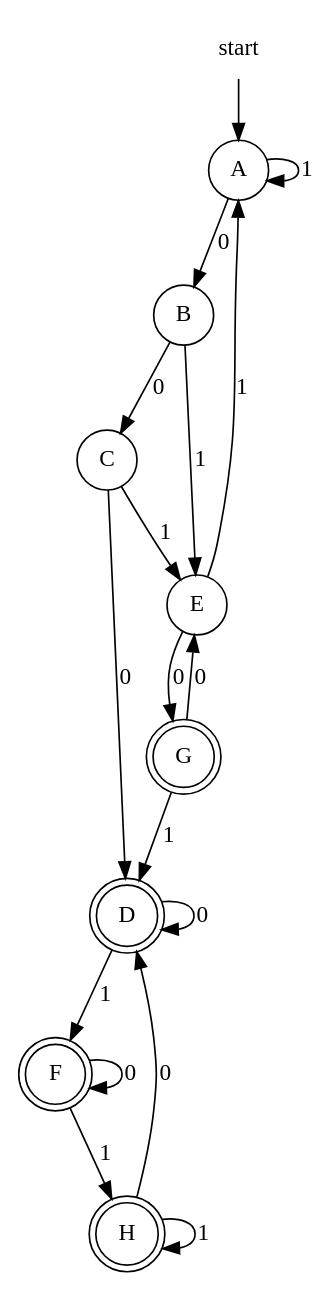
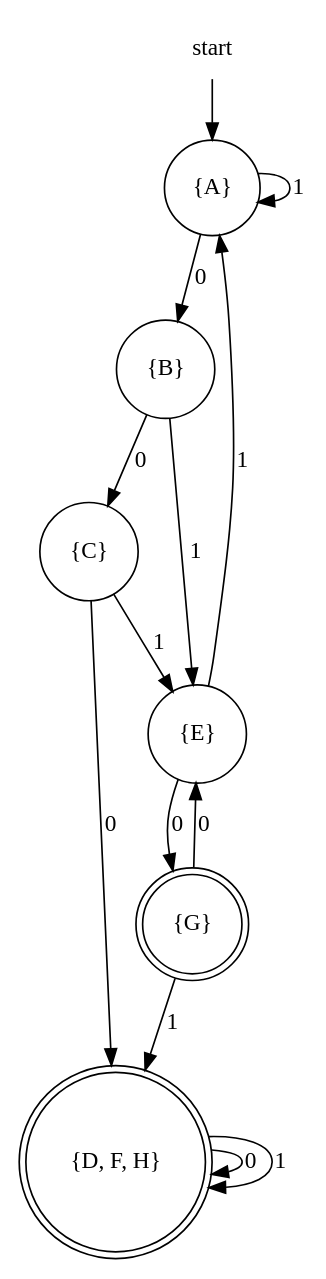
Before and after one commit to evertheylen/TA_TO: the diagram in Helix/testbestanden/TFA/file2_output.dot, drawn with Graphviz. The commit also changed 6 other files, not shown here.

```diff
--- a/Helix/testbestanden/TFA/file2_output.dot
+++ b/Helix/testbestanden/TFA/file2_output.dot
@@ -1,25 +1,19 @@
 digraph automaton {
     node [shape=none]; start;
-    node [shape=doublecircle]; "D";
-    node [shape=doublecircle]; "F";
-    node [shape=doublecircle]; "G";
-    node [shape=doublecircle]; "H";
+    node [shape=doublecircle]; "{D, F, H}";
+    node [shape=doublecircle]; "{G}";
     node [shape=circle];
-    start -> "A";
-    "A" -> "B" [label="0"];
-    "A" -> "A" [label="1"];
-    "B" -> "C" [label="0"];
-    "B" -> "E" [label="1"];
-    "C" -> "D" [label="0"];
-    "C" -> "E" [label="1"];
-    "D" -> "D" [label="0"];
-    "D" -> "F" [label="1"];
-    "E" -> "G" [label="0"];
-    "E" -> "A" [label="1"];
-    "F" -> "F" [label="0"];
-    "F" -> "H" [label="1"];
-    "G" -> "E" [label="0"];
-    "G" -> "D" [label="1"];
-    "H" -> "D" [label="0"];
-    "H" -> "H" [label="1"];
+    start -> "{A}";
+    "{A}" -> "{B}" [label="0"];
+    "{A}" -> "{A}" [label="1"];
+    "{B}" -> "{C}" [label="0"];
+    "{B}" -> "{E}" [label="1"];
+    "{C}" -> "{D, F, H}" [label="0"];
+    "{C}" -> "{E}" [label="1"];
+    "{D, F, H}" -> "{D, F, H}" [label="0"];
+    "{D, F, H}" -> "{D, F, H}" [label="1"];
+    "{E}" -> "{G}" [label="0"];
+    "{E}" -> "{A}" [label="1"];
+    "{G}" -> "{E}" [label="0"];
+    "{G}" -> "{D, F, H}" [label="1"];
 }
```
